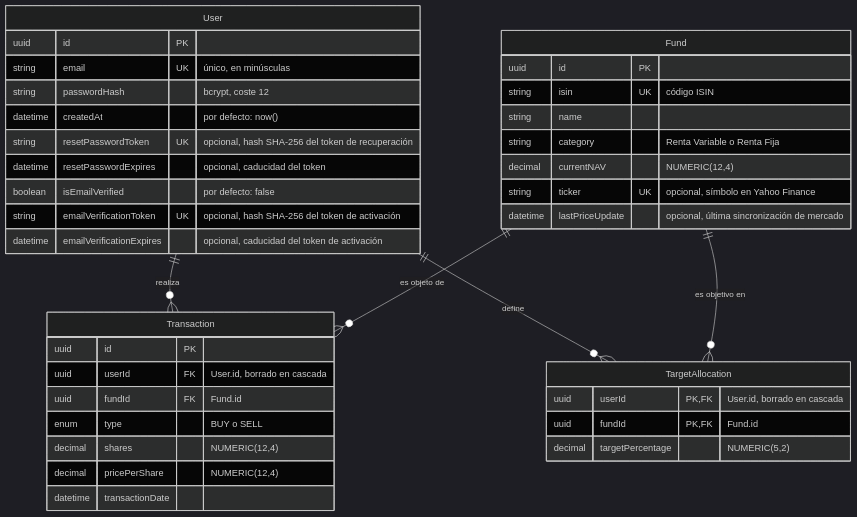
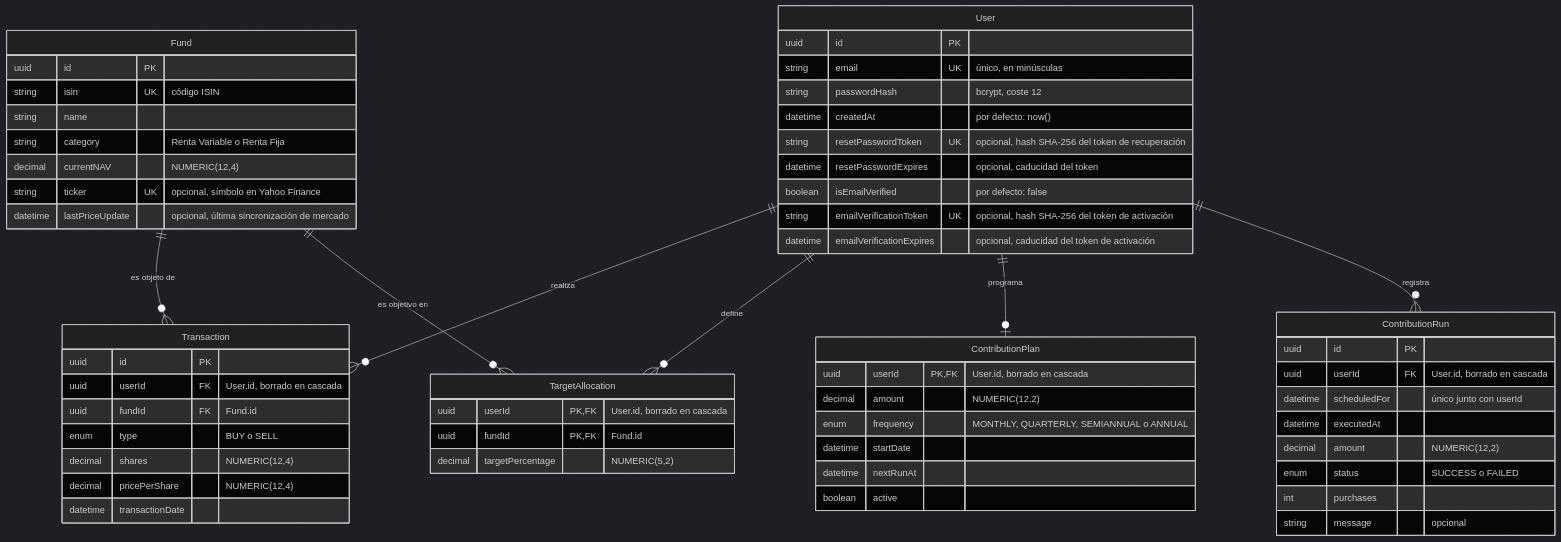
The fourth of 4 diagrams in DOCUMENTACION_TFM.md (Dominique691/gestor-carteras), drawn with Mermaid (dark theme) before and after one commit. The commit also changed other lines of this file and 21 other files, not shown here.

````diff
--- a/DOCUMENTACION_TFM.md
+++ b/DOCUMENTACION_TFM.md
@@ -172,45 +172,67 @@
 ```mermaid
 erDiagram
     User ||--o{ Transaction : "realiza"
     Fund ||--o{ Transaction : "es objeto de"
     User ||--o{ TargetAllocation : "define"
     Fund ||--o{ TargetAllocation : "es objetivo en"
+    User ||--o| ContributionPlan : "programa"
+    User ||--o{ ContributionRun : "registra"
 
     User {
         uuid id PK
         string email UK "único, en minúsculas"
         string passwordHash "bcrypt, coste 12"
         datetime createdAt "por defecto: now()"
         string resetPasswordToken UK "opcional, hash SHA-256 del token de recuperación"
         datetime resetPasswordExpires "opcional, caducidad del token"
         boolean isEmailVerified "por defecto: false"
         string emailVerificationToken UK "opcional, hash SHA-256 del token de activación"
         datetime emailVerificationExpires "opcional, caducidad del token de activación"
     }
 
     Fund {
         uuid id PK
         string isin UK "código ISIN"
         string name
         string category "Renta Variable o Renta Fija"
         decimal currentNAV "NUMERIC(12,4)"
         string ticker UK "opcional, símbolo en Yahoo Finance"
         datetime lastPriceUpdate "opcional, última sincronización de mercado"
     }
 
     Transaction {
         uuid id PK
         uuid userId FK "User.id, borrado en cascada"
         uuid fundId FK "Fund.id"
         enum type "BUY o SELL"
         decimal shares "NUMERIC(12,4)"
         decimal pricePerShare "NUMERIC(12,4)"
         datetime transactionDate
     }
 
     TargetAllocation {
         uuid userId PK, FK "User.id, borrado en cascada"
         uuid fundId PK, FK "Fund.id"
         decimal targetPercentage "NUMERIC(5,2)"
     }
+
+    ContributionPlan {
+        uuid userId PK, FK "User.id, borrado en cascada"
+        decimal amount "NUMERIC(12,2)"
+        enum frequency "MONTHLY, QUARTERLY, SEMIANNUAL o ANNUAL"
+        datetime startDate
+        datetime nextRunAt
+        boolean active
+    }
+
+    ContributionRun {
+        uuid id PK
+        uuid userId FK "User.id, borrado en cascada"
+        datetime scheduledFor "único junto con userId"
+        datetime executedAt
+        decimal amount "NUMERIC(12,2)"
+        enum status "SUCCESS o FAILED"
+        int purchases
+        string message "opcional"
+    }
 ```
````
